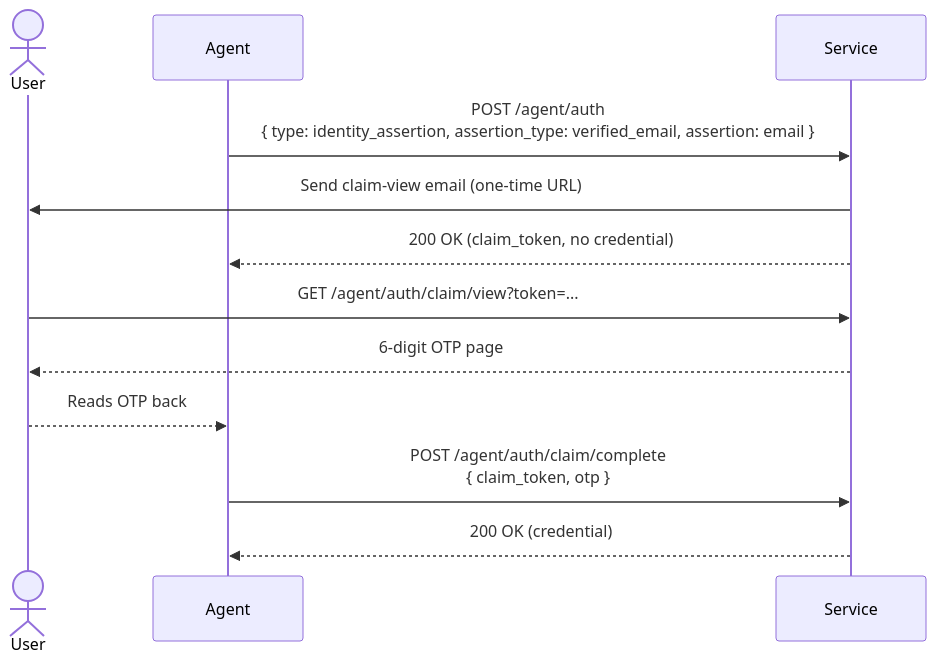
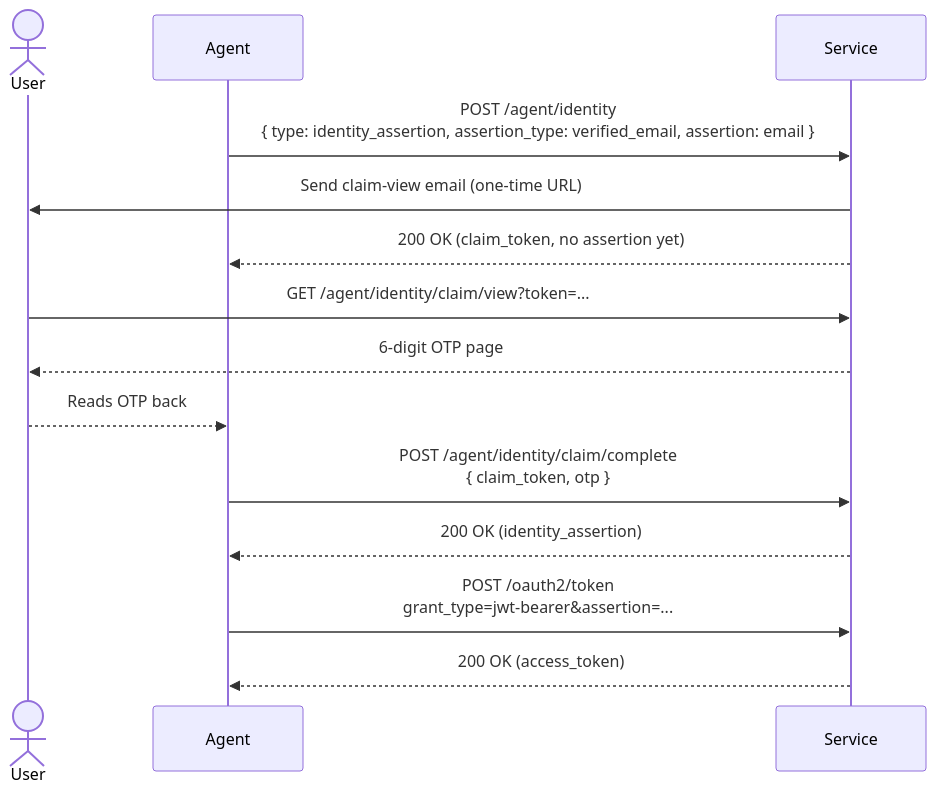
The second of 3 diagrams in README.md (timothybrush/auth.md), drawn with Mermaid before and after one commit. The commit also changed other lines of this file and 15 other files, not shown here.

First line of the commit message:
Split identity and token endpoints

````diff
--- a/README.md
+++ b/README.md
@@ -101,15 +107,17 @@
 ```mermaid
 sequenceDiagram
     actor User
     participant Agent
     participant Service
 
-    Agent->>Service: POST /agent/auth<br/>{ type: identity_assertion, assertion_type: verified_email, assertion: email }
+    Agent->>Service: POST /agent/identity<br/>{ type: identity_assertion, assertion_type: verified_email, assertion: email }
     Service->>User: Send claim-view email (one-time URL)
-    Service-->>Agent: 200 OK (claim_token, no credential)
-    User->>Service: GET /agent/auth/claim/view?token=...
+    Service-->>Agent: 200 OK (claim_token, no assertion yet)
+    User->>Service: GET /agent/identity/claim/view?token=...
     Service-->>User: 6-digit OTP page
     User-->>Agent: Reads OTP back
-    Agent->>Service: POST /agent/auth/claim/complete<br/>{ claim_token, otp }
-    Service-->>Agent: 200 OK (credential)
+    Agent->>Service: POST /agent/identity/claim/complete<br/>{ claim_token, otp }
+    Service-->>Agent: 200 OK (identity_assertion)
+    Agent->>Service: POST /oauth2/token<br/>grant_type=jwt-bearer&assertion=...
+    Service-->>Agent: 200 OK (access_token)
 ```
````
